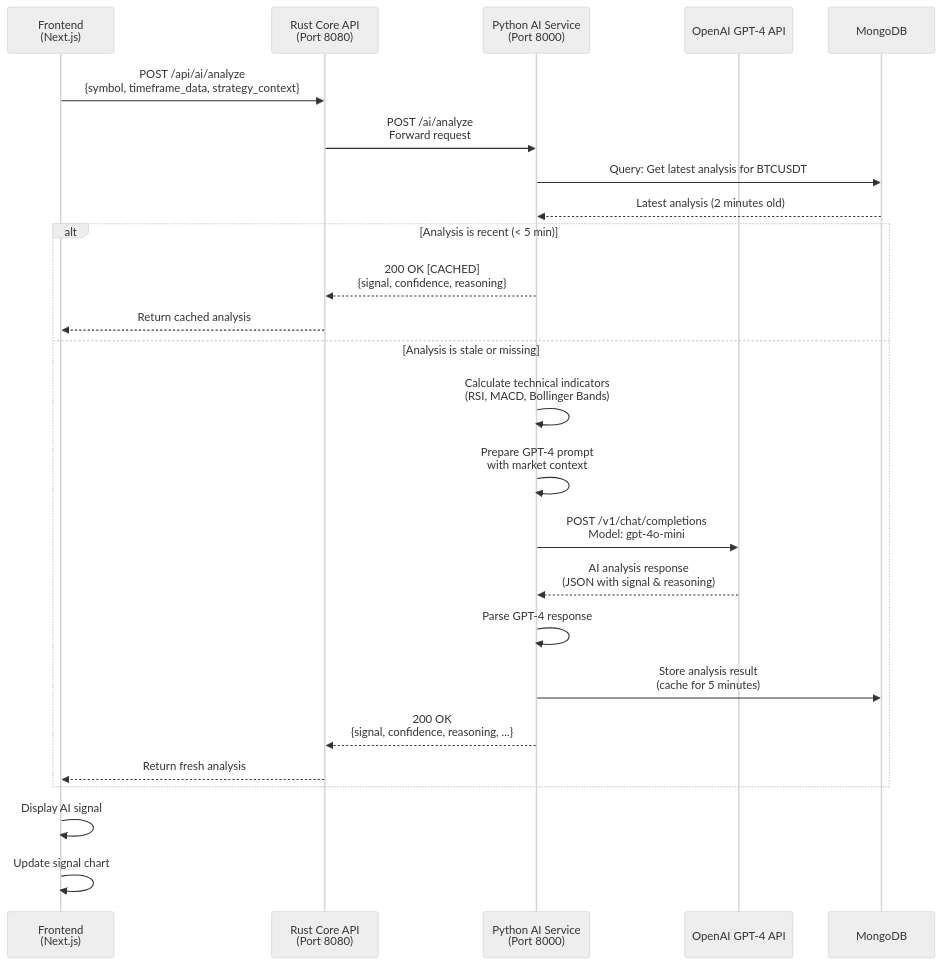
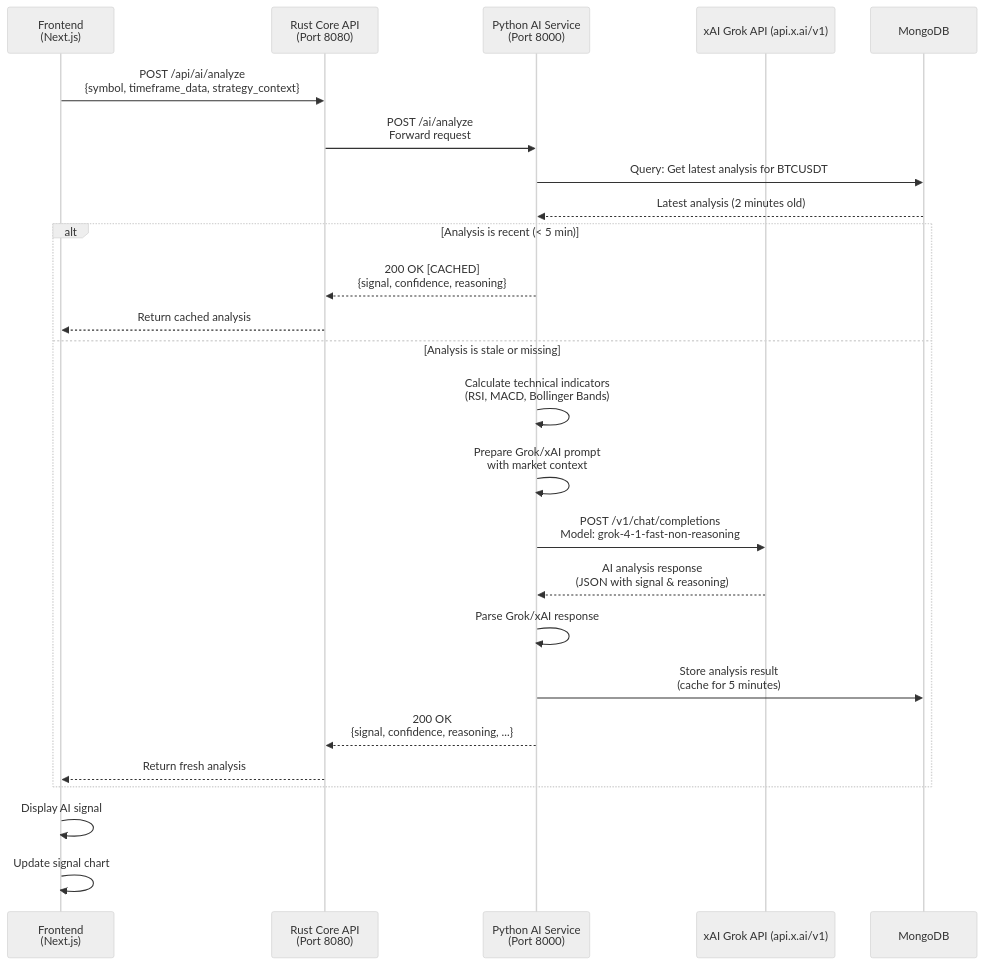
The fifth of 14 diagrams in specifications/02-design/2.3-api/API-SEQUENCES.mermaid (magic-ai-trading-bot/bot-core), drawn with Mermaid (neutral theme) before and after one commit. The commit also changed other lines of this file and 52 other files, not shown here.

````diff
--- a/specifications/02-design/2.3-api/API-SEQUENCES.mermaid
+++ b/specifications/02-design/2.3-api/API-SEQUENCES.mermaid
@@ -133,37 +133,37 @@
 ```mermaid
 sequenceDiagram
     participant Frontend as Frontend<br/>(Next.js)
     participant RustAPI as Rust Core API<br/>(Port 8080)
     participant PythonAI as Python AI Service<br/>(Port 8000)
-    participant OpenAI as OpenAI GPT-4 API
+    participant GrokAI as xAI Grok API (api.x.ai/v1)
     participant MongoDB
 
     Frontend->>RustAPI: POST /api/ai/analyze<br/>{symbol, timeframe_data, strategy_context}
 
     RustAPI->>PythonAI: POST /ai/analyze<br/>Forward request
 
     PythonAI->>MongoDB: Query: Get latest analysis for BTCUSDT
     MongoDB-->>PythonAI: Latest analysis (2 minutes old)
 
     alt Analysis is recent (< 5 min)
         PythonAI-->>RustAPI: 200 OK [CACHED]<br/>{signal, confidence, reasoning}
         RustAPI-->>Frontend: Return cached analysis
     else Analysis is stale or missing
         PythonAI->>PythonAI: Calculate technical indicators<br/>(RSI, MACD, Bollinger Bands)
 
-        PythonAI->>PythonAI: Prepare GPT-4 prompt<br/>with market context
+        PythonAI->>PythonAI: Prepare Grok/xAI prompt<br/>with market context
 
-        PythonAI->>OpenAI: POST /v1/chat/completions<br/>Model: gpt-4o-mini
+        PythonAI->>GrokAI: POST /v1/chat/completions<br/>Model: grok-4-1-fast-non-reasoning
 
-        OpenAI-->>PythonAI: AI analysis response<br/>(JSON with signal & reasoning)
+        GrokAI-->>PythonAI: AI analysis response<br/>(JSON with signal & reasoning)
 
-        PythonAI->>PythonAI: Parse GPT-4 response
+        PythonAI->>PythonAI: Parse Grok/xAI response
         PythonAI->>MongoDB: Store analysis result<br/>(cache for 5 minutes)
 
         PythonAI-->>RustAPI: 200 OK<br/>{signal, confidence, reasoning, ...}
         RustAPI-->>Frontend: Return fresh analysis
     end
 
     Frontend->>Frontend: Display AI signal
     Frontend->>Frontend: Update signal chart
 ```
````
